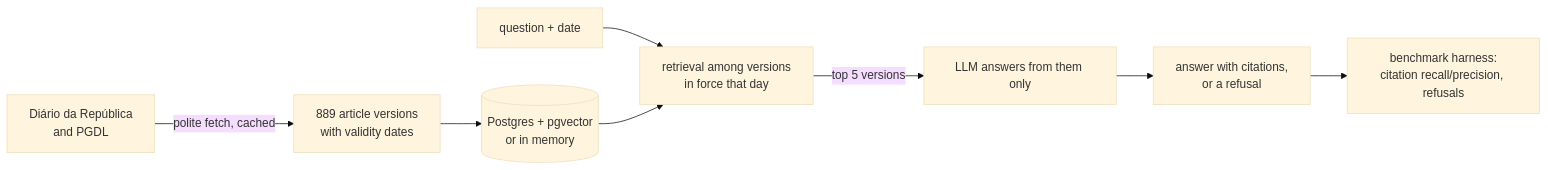
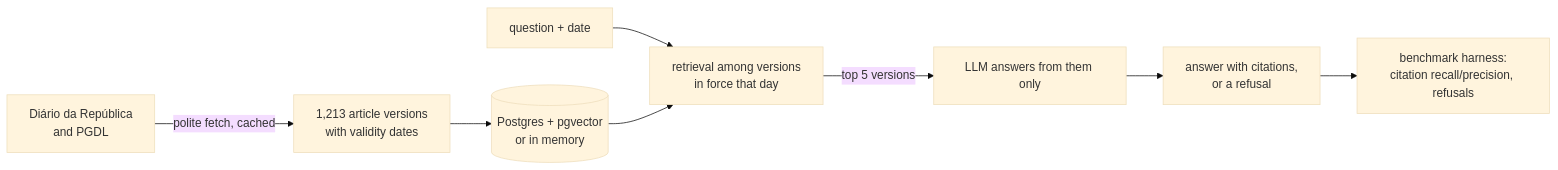
Before and after one commit to timimata/lex: the diagram in README.md, drawn with Mermaid (base theme). The commit also changed other lines of this file and 106 other files, not shown here.

````diff
--- a/README.md
+++ b/README.md
@@ -67,10 +71,10 @@
 ```mermaid
 flowchart LR
-  DR[Diário da República<br/>and PGDL] -->|polite fetch, cached| V[889 article versions<br/>with validity dates]
+  DR[Diário da República<br/>and PGDL] -->|polite fetch, cached| V[1,213 article versions<br/>with validity dates]
   V --> S[(Postgres + pgvector<br/>or in memory)]
   Q[question + date] --> R[retrieval among versions<br/>in force that day]
   S --> R
   R -->|top 5 versions| G[LLM answers from them only]
   G --> A[answer with citations,<br/>or a refusal]
   A --> E[benchmark harness:<br/>citation recall/precision, refusals]
 ```
````
